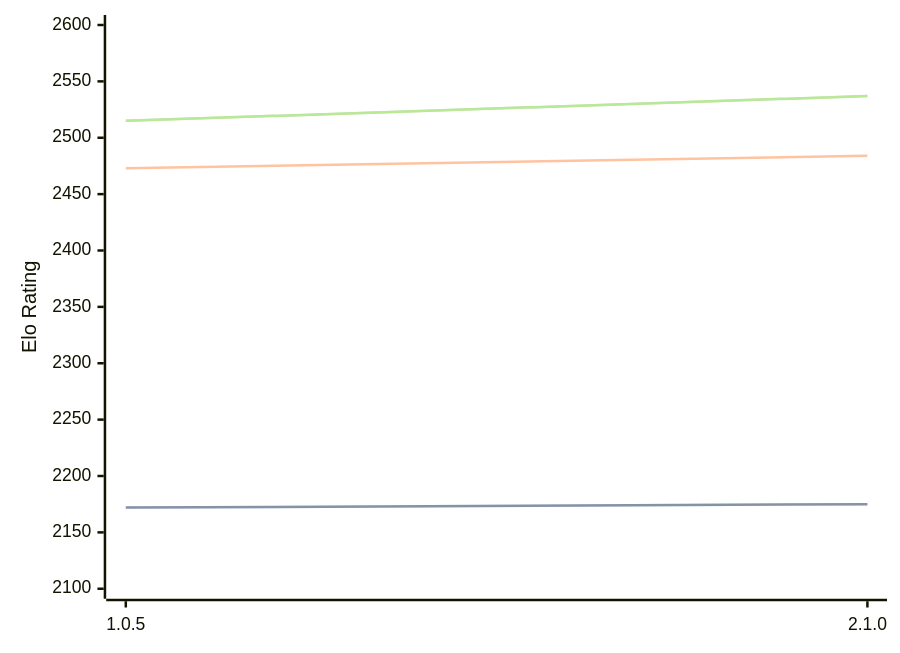
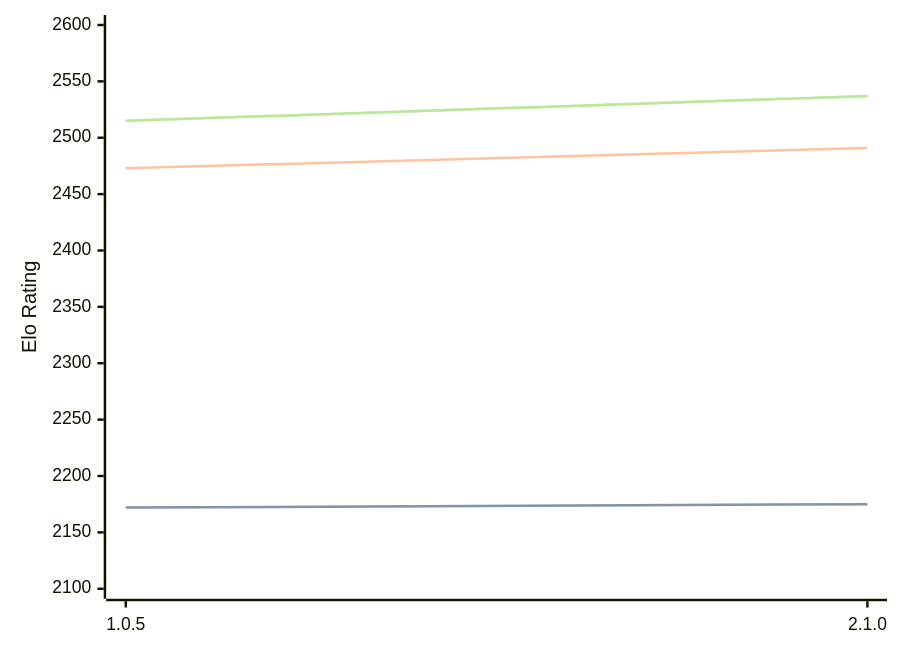
Before and after one commit to computer-chess-index/cci: the diagram in engines/Ruffian.md, drawn with Mermaid. The commit also changed other lines of this file, not shown here.

````diff
--- a/engines/Ruffian.md
+++ b/engines/Ruffian.md
@@ -30,11 +32,11 @@
 ```mermaid
 %%{init: {"theme":"base","themeVariables":{"seriesColors:['#a3a3a3','#222221','#faa371']}}}%%
 xychart-beta
   x-axis ["1.0.5", "2.1.0"]
   y-axis "Elo Rating" 2100 --> 2600
   line "STC (8.0+0.08s)" [2172, 2175]
   line "STC (8.0+0.08s)" [2172, 2175]
-  line "LTC (60.0+0.60s)" [2473, 2484]
+  line "LTC (60.0+0.60s)" [2473, 2491]
   line "VLTC (2m24s+1.12s)" [2515, 2537]
   line "VLTC (2m24s+1.12s)" [2515, 2537]
 ```
````
